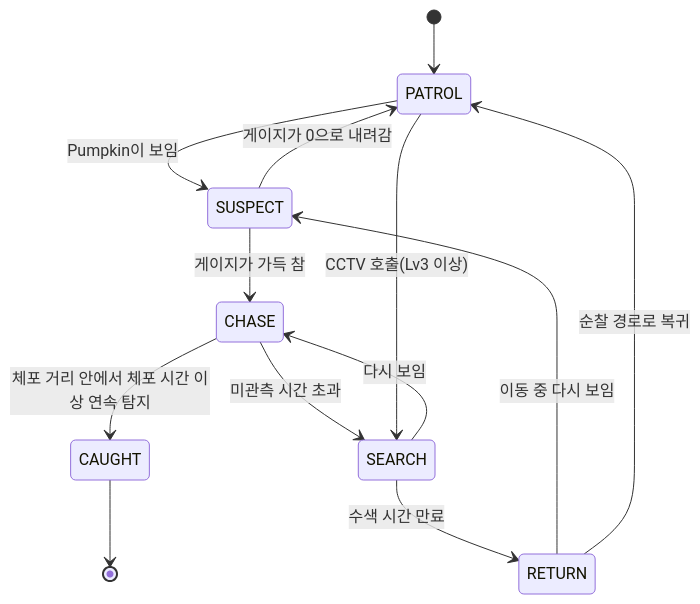
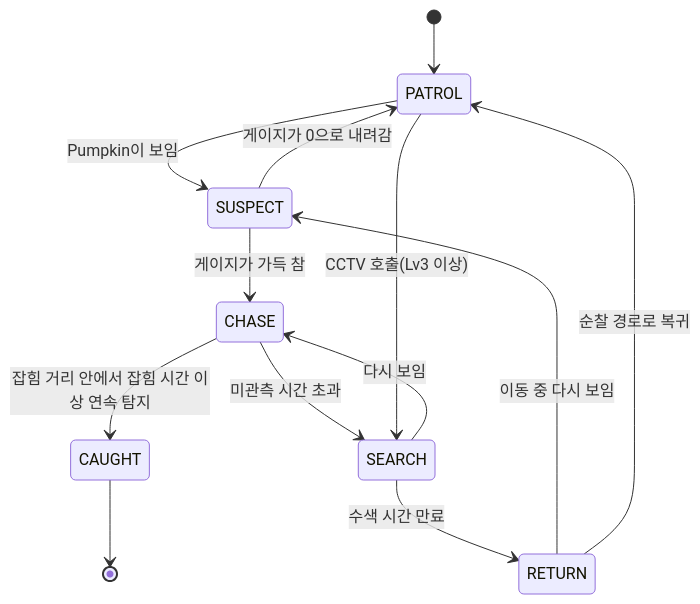
The fourth of 5 diagrams in docs/project/sdd.md (shbong06-sketch/Trick_or_Bot), drawn with Mermaid before and after one commit. The commit also changed other lines of this file and 2 other files, not shown here.

````diff
--- a/docs/project/sdd.md
+++ b/docs/project/sdd.md
@@ -199,15 +199,15 @@
 ```mermaid
 stateDiagram-v2
     [*] --> PATROL
     PATROL --> SUSPECT: Pumpkin이 보임
     SUSPECT --> PATROL: 게이지가 0으로 내려감
     SUSPECT --> CHASE: 게이지가 가득 참
-    CHASE --> CAUGHT: 체포 거리 안에서 체포 시간 이상 연속 탐지
+    CHASE --> CAUGHT: 잡힘 거리 안에서 잡힘 시간 이상 연속 탐지
     CHASE --> SEARCH: 미관측 시간 초과
     SEARCH --> CHASE: 다시 보임
     SEARCH --> RETURN: 수색 시간 만료
     RETURN --> SUSPECT: 이동 중 다시 보임
     RETURN --> PATROL: 순찰 경로로 복귀
     PATROL --> SEARCH: CCTV 호출(Lv3 이상)
     CAUGHT --> [*]
 ```
````
